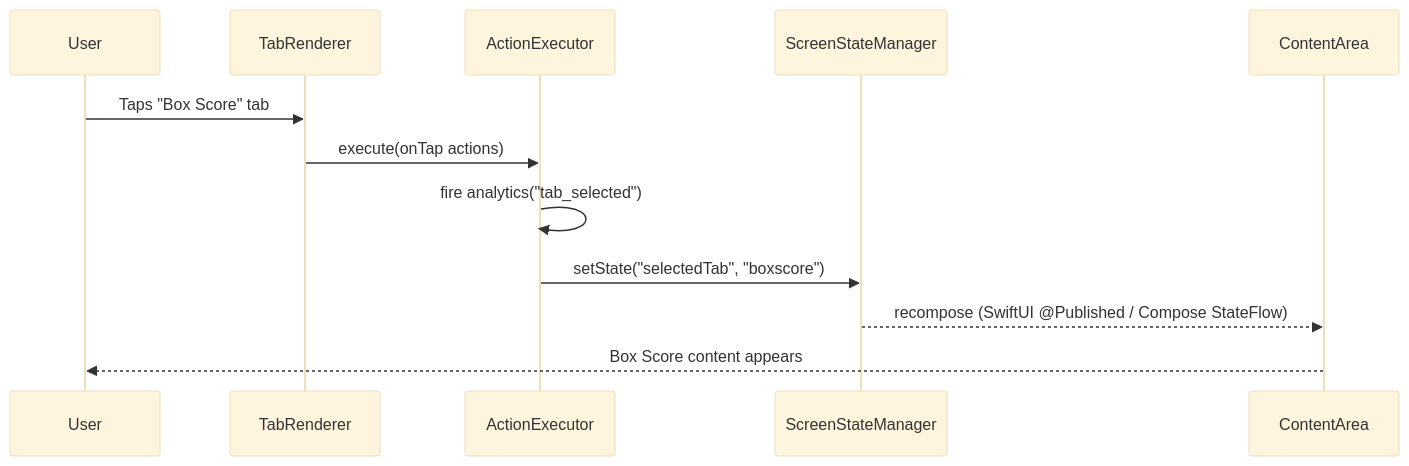
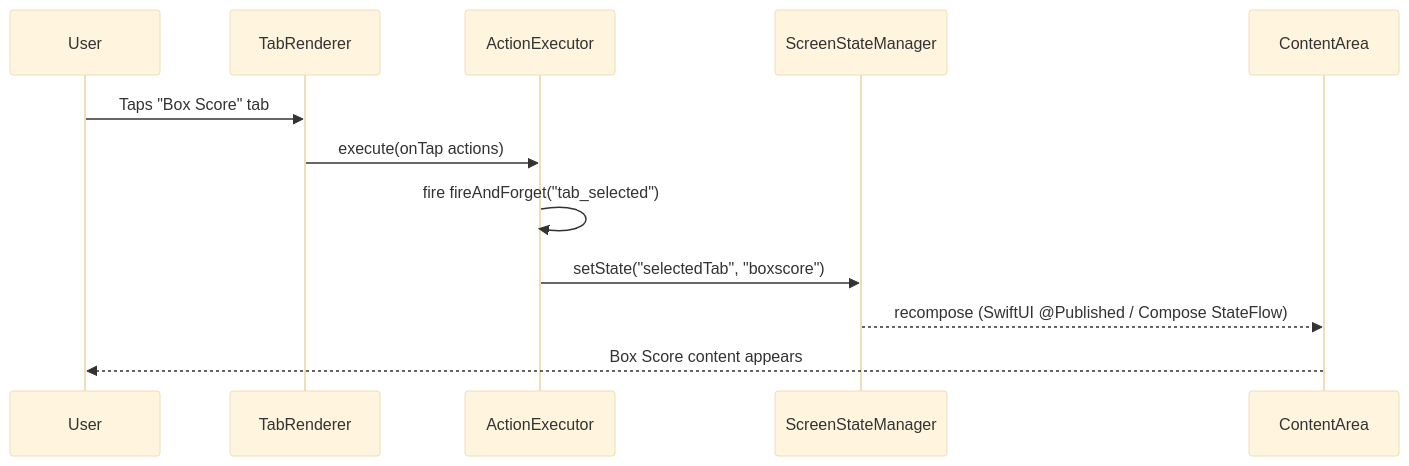
One commit to bakburner/sdui-learn changed the fifth of 12 diagrams in docs/sdui-requirements-summary.md. Above: the diagram before and after it, drawn with Mermaid (base theme). The commit also changed other lines of this file and 26 other files, not shown here.

````diff
--- a/docs/sdui-requirements-summary.md
+++ b/docs/sdui-requirements-summary.md
@@ -332,15 +333,15 @@
 ```mermaid
 sequenceDiagram
     participant User
     participant TabRenderer
     participant ActionExecutor
     participant ScreenStateManager
     participant ContentArea
 
     User->>TabRenderer: Taps "Box Score" tab
     TabRenderer->>ActionExecutor: execute(onTap actions)
-    ActionExecutor->>ActionExecutor: fire analytics("tab_selected")
+    ActionExecutor->>ActionExecutor: fire fireAndForget("tab_selected")
     ActionExecutor->>ScreenStateManager: setState("selectedTab", "boxscore")
     ScreenStateManager-->>ContentArea: recompose (SwiftUI @Published / Compose StateFlow)
     ContentArea-->>User: Box Score content appears
 ```
````
